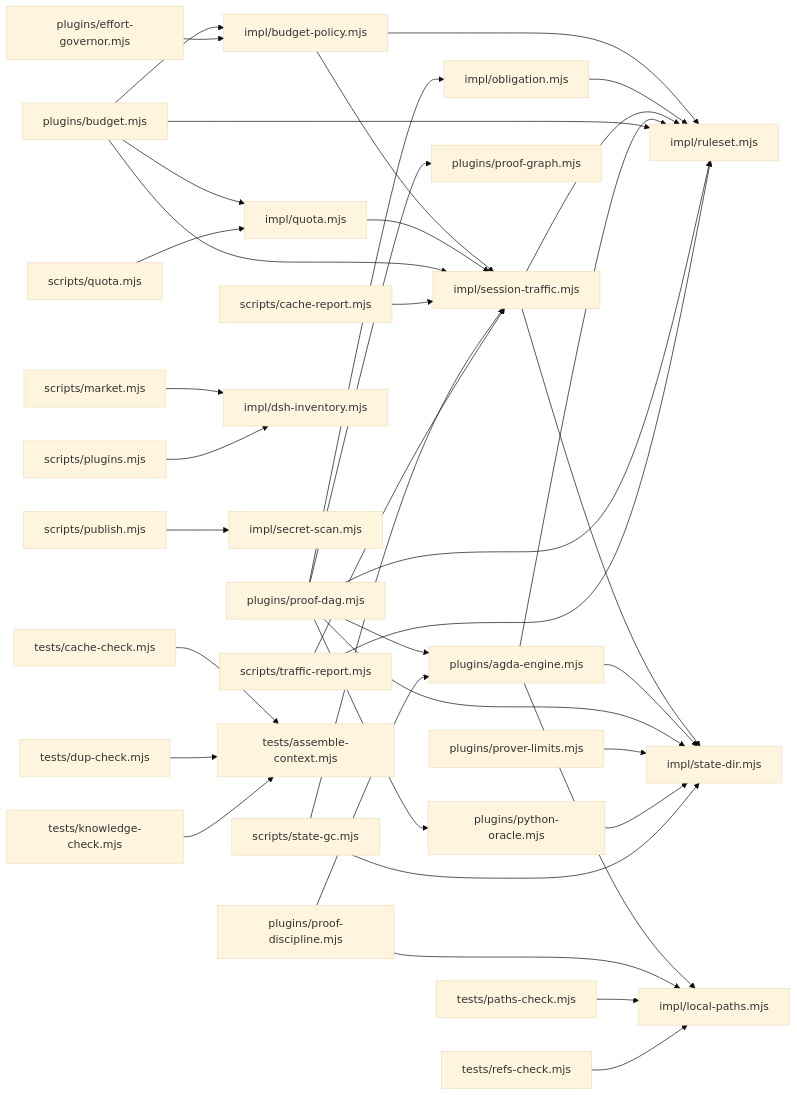
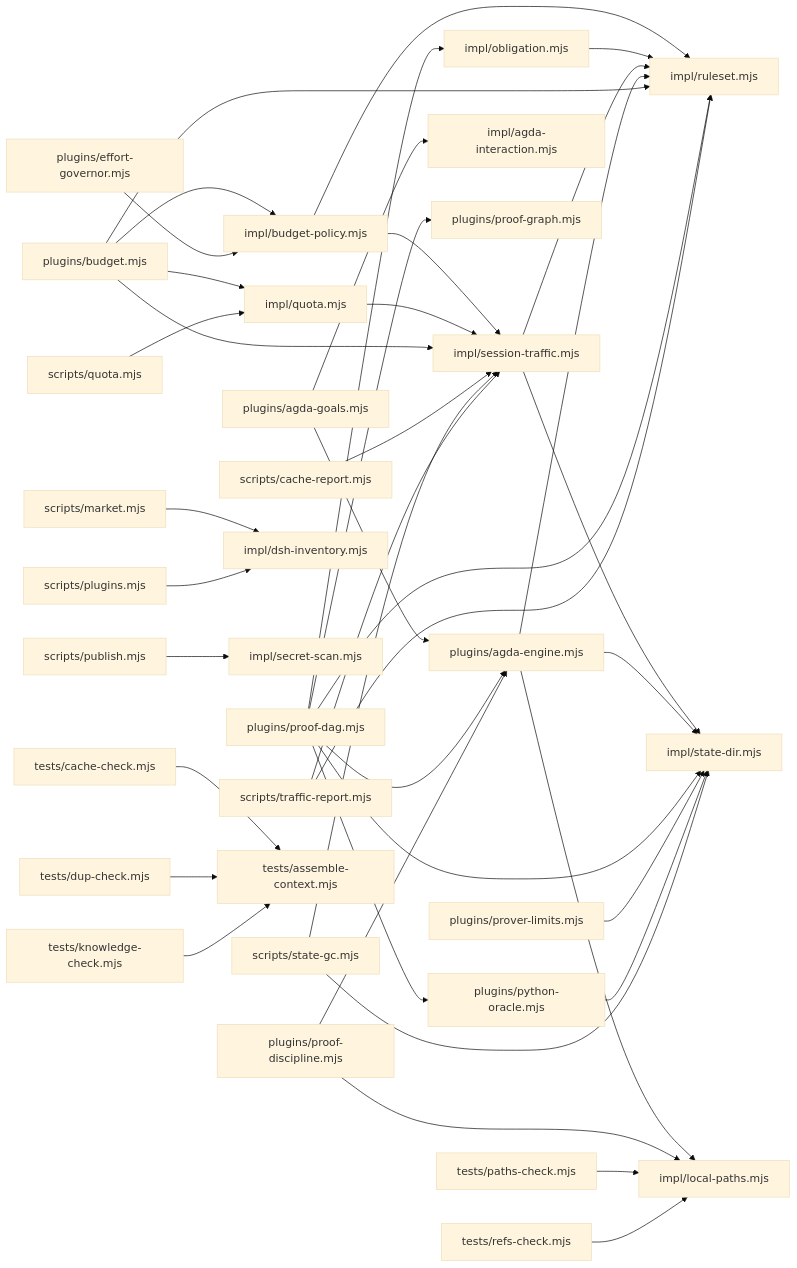
The diagram in math-proof/docs/maps/M2-dependency.md (clearnature/dsh-math-proof), drawn with Mermaid (base theme) before and after one commit. The commit also changed other lines of this file and 13 other files, not shown here.

First line of the commit message:
feat(goals): 交互式询问 Agda（proof_goals）——洞里要什么/上下文/试项/分情况/自动搜索

````diff
--- a/math-proof/docs/maps/M2-dependency.md
+++ b/math-proof/docs/maps/M2-dependency.md
@@ -56,41 +57,43 @@
 ```mermaid
 graph LR
   impl_budget-policy_mjs["impl/budget-policy.mjs"] --> impl_ruleset_mjs["impl/ruleset.mjs"]
   impl_budget-policy_mjs["impl/budget-policy.mjs"] --> impl_session-traffic_mjs["impl/session-traffic.mjs"]
   impl_obligation_mjs["impl/obligation.mjs"] --> impl_ruleset_mjs["impl/ruleset.mjs"]
   impl_quota_mjs["impl/quota.mjs"] --> impl_session-traffic_mjs["impl/session-traffic.mjs"]
   impl_session-traffic_mjs["impl/session-traffic.mjs"] --> impl_ruleset_mjs["impl/ruleset.mjs"]
   impl_session-traffic_mjs["impl/session-traffic.mjs"] --> impl_state-dir_mjs["impl/state-dir.mjs"]
   plugins_agda-engine_mjs["plugins/agda-engine.mjs"] --> impl_local-paths_mjs["impl/local-paths.mjs"]
   plugins_agda-engine_mjs["plugins/agda-engine.mjs"] --> impl_ruleset_mjs["impl/ruleset.mjs"]
   plugins_agda-engine_mjs["plugins/agda-engine.mjs"] --> impl_state-dir_mjs["impl/state-dir.mjs"]
+  plugins_agda-goals_mjs["plugins/agda-goals.mjs"] --> impl_agda-interaction_mjs["impl/agda-interaction.mjs"]
+  plugins_agda-goals_mjs["plugins/agda-goals.mjs"] --> plugins_agda-engine_mjs["plugins/agda-engine.mjs"]
   plugins_budget_mjs["plugins/budget.mjs"] --> impl_budget-policy_mjs["impl/budget-policy.mjs"]
   plugins_budget_mjs["plugins/budget.mjs"] --> impl_quota_mjs["impl/quota.mjs"]
   plugins_budget_mjs["plugins/budget.mjs"] --> impl_ruleset_mjs["impl/ruleset.mjs"]
   plugins_budget_mjs["plugins/budget.mjs"] --> impl_session-traffic_mjs["impl/session-traffic.mjs"]
   plugins_effort-governor_mjs["plugins/effort-governor.mjs"] --> impl_budget-policy_mjs["impl/budget-policy.mjs"]
   plugins_proof-dag_mjs["plugins/proof-dag.mjs"] --> impl_obligation_mjs["impl/obligation.mjs"]
   plugins_proof-dag_mjs["plugins/proof-dag.mjs"] --> impl_ruleset_mjs["impl/ruleset.mjs"]
   plugins_proof-dag_mjs["plugins/proof-dag.mjs"] --> impl_state-dir_mjs["impl/state-dir.mjs"]
   plugins_proof-dag_mjs["plugins/proof-dag.mjs"] --> plugins_agda-engine_mjs["plugins/agda-engine.mjs"]
   plugins_proof-dag_mjs["plugins/proof-dag.mjs"] --> plugins_proof-graph_mjs["plugins/proof-graph.mjs"]
   plugins_proof-dag_mjs["plugins/proof-dag.mjs"] --> plugins_python-oracle_mjs["plugins/python-oracle.mjs"]
   plugins_proof-discipline_mjs["plugins/proof-discipline.mjs"] --> impl_local-paths_mjs["impl/local-paths.mjs"]
   plugins_proof-discipline_mjs["plugins/proof-discipline.mjs"] --> plugins_agda-engine_mjs["plugins/agda-engine.mjs"]
   plugins_prover-limits_mjs["plugins/prover-limits.mjs"] --> impl_state-dir_mjs["impl/state-dir.mjs"]
   plugins_python-oracle_mjs["plugins/python-oracle.mjs"] --> impl_state-dir_mjs["impl/state-dir.mjs"]
   scripts_cache-report_mjs["scripts/cache-report.mjs"] --> impl_session-traffic_mjs["impl/session-traffic.mjs"]
   scripts_market_mjs["scripts/market.mjs"] --> impl_dsh-inventory_mjs["impl/dsh-inventory.mjs"]
   scripts_plugins_mjs["scripts/plugins.mjs"] --> impl_dsh-inventory_mjs["impl/dsh-inventory.mjs"]
   scripts_publish_mjs["scripts/publish.mjs"] --> impl_secret-scan_mjs["impl/secret-scan.mjs"]
   scripts_quota_mjs["scripts/quota.mjs"] --> impl_quota_mjs["impl/quota.mjs"]
   scripts_state-gc_mjs["scripts/state-gc.mjs"] --> impl_session-traffic_mjs["impl/session-traffic.mjs"]
   scripts_state-gc_mjs["scripts/state-gc.mjs"] --> impl_state-dir_mjs["impl/state-dir.mjs"]
   scripts_traffic-report_mjs["scripts/traffic-report.mjs"] --> impl_ruleset_mjs["impl/ruleset.mjs"]
   scripts_traffic-report_mjs["scripts/traffic-report.mjs"] --> impl_session-traffic_mjs["impl/session-traffic.mjs"]
   tests_cache-check_mjs["tests/cache-check.mjs"] --> tests_assemble-context_mjs["tests/assemble-context.mjs"]
   tests_dup-check_mjs["tests/dup-check.mjs"] --> tests_assemble-context_mjs["tests/assemble-context.mjs"]
   tests_knowledge-check_mjs["tests/knowledge-check.mjs"] --> tests_assemble-context_mjs["tests/assemble-context.mjs"]
   tests_paths-check_mjs["tests/paths-check.mjs"] --> impl_local-paths_mjs["impl/local-paths.mjs"]
   tests_refs-check_mjs["tests/refs-check.mjs"] --> impl_local-paths_mjs["impl/local-paths.mjs"]
 ```
````
